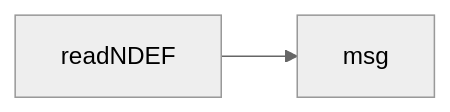
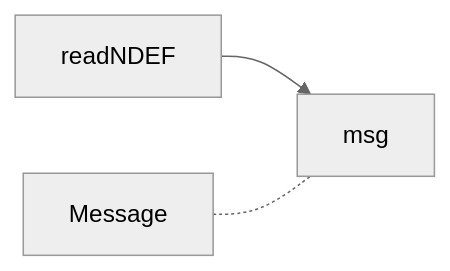
One commit to gordianknotC/nxp_note changed the third of 3 diagrams in nxp/Demo.md. Above: the diagram before and after it, drawn with Mermaid (neutral theme). The commit also changed other lines of this file, not shown here.

````diff
--- a/nxp/Demo.md
+++ b/nxp/Demo.md
@@ -128,7 +128,7 @@
 ```mermaid
 graph LR
 msg
 
 readNDEF --> msg
-
+Message -.- msg
 ```
````
